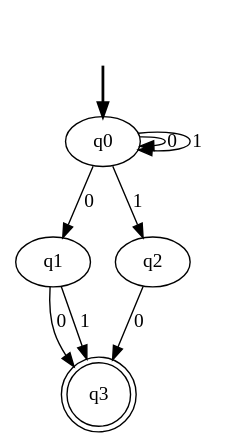
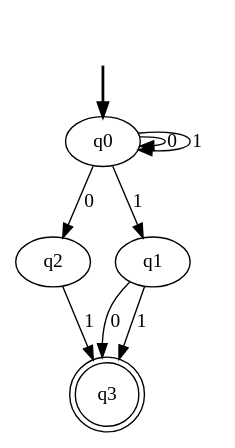
The diagram in n2d/nfa_transition_table.dot (fanzou2020/Automata), drawn with Graphviz before and after one commit. The commit also changed 14 other files, not shown here.

```diff
--- a/n2d/nfa_transition_table.dot
+++ b/n2d/nfa_transition_table.dot
@@ -1,15 +1,15 @@
 digraph {
 	fake0 [style=invisible]
+	q0 [root=true]
+	q2
+	q1
 	q3 [shape=doublecircle]
-	q0 [root=true]
-	q1
-	q2
 	fake0 -> q0 [style=bold]
 	q0 -> q0 [label=0]
-	q0 -> q1 [label=0]
+	q0 -> q2 [label=0]
 	q0 -> q0 [label=1]
-	q0 -> q2 [label=1]
+	q0 -> q1 [label=1]
 	q1 -> q3 [label=0]
 	q1 -> q3 [label=1]
-	q2 -> q3 [label=0]
+	q2 -> q3 [label=1]
 }
```
